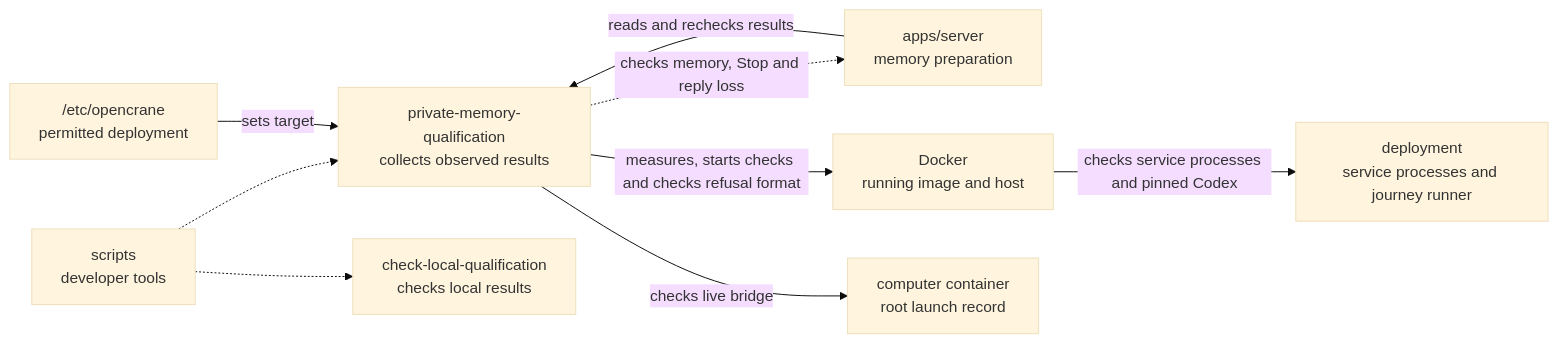
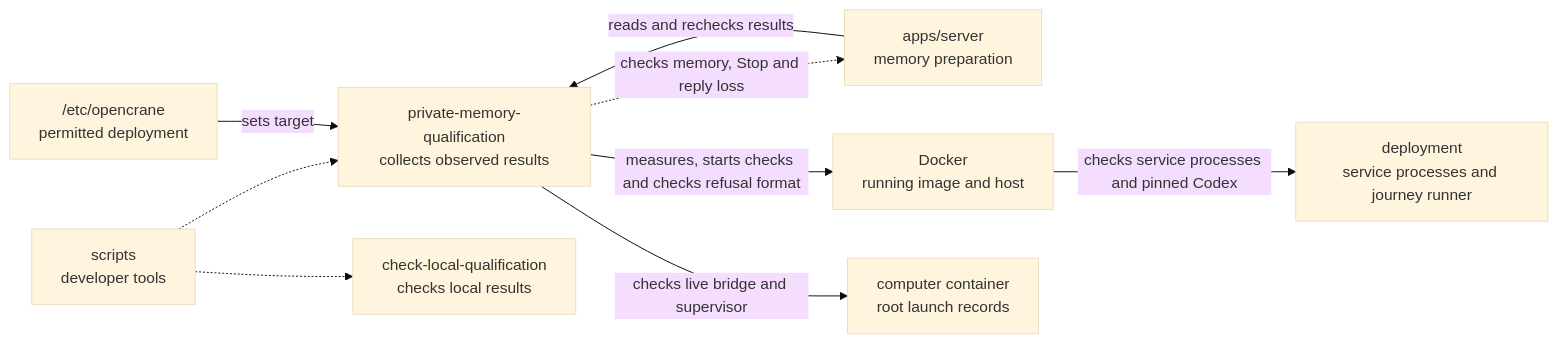
The diagram in scripts/private-memory-qualification/README.md (elewa-git/opencrane-new), drawn with Mermaid (base theme) before and after one commit. The commit also changed other lines of this file and 18 other files, not shown here.

Commit message:
🛡️ Prove the live private turn supervisor

````diff
--- a/scripts/private-memory-qualification/README.md
+++ b/scripts/private-memory-qualification/README.md
@@ -18,11 +18,11 @@
 ```mermaid
 flowchart LR
   scripts["scripts<br/>developer tools"] -.-> collector["private-memory-qualification<br/>collects observed results"]
   scripts -.-> sibling["check-local-qualification<br/>checks local results"]
   server["apps/server<br/>memory preparation"] -->|reads and rechecks results| collector
   collector -.->|checks memory, Stop and reply loss| server
   config["/etc/opencrane<br/>permitted deployment"] -->|sets target| collector
   collector -->|measures, starts checks and checks refusal format| docker["Docker<br/>running image and host"]
   docker -->|checks service processes and pinned Codex| deployment["deployment<br/>service processes and journey runner"]
-  collector -->|checks live bridge| computer["computer container<br/>root launch record"]
+  collector -->|checks live bridge and supervisor| computer["computer container<br/>root launch records"]
 ```
````
